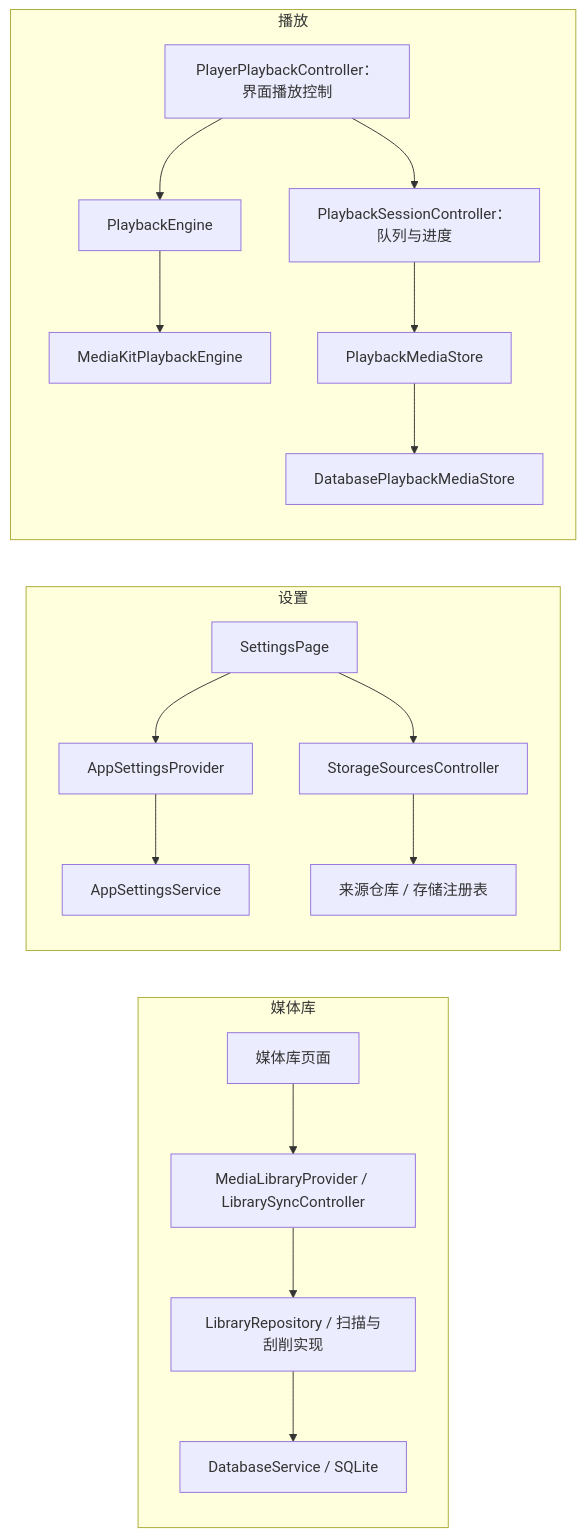
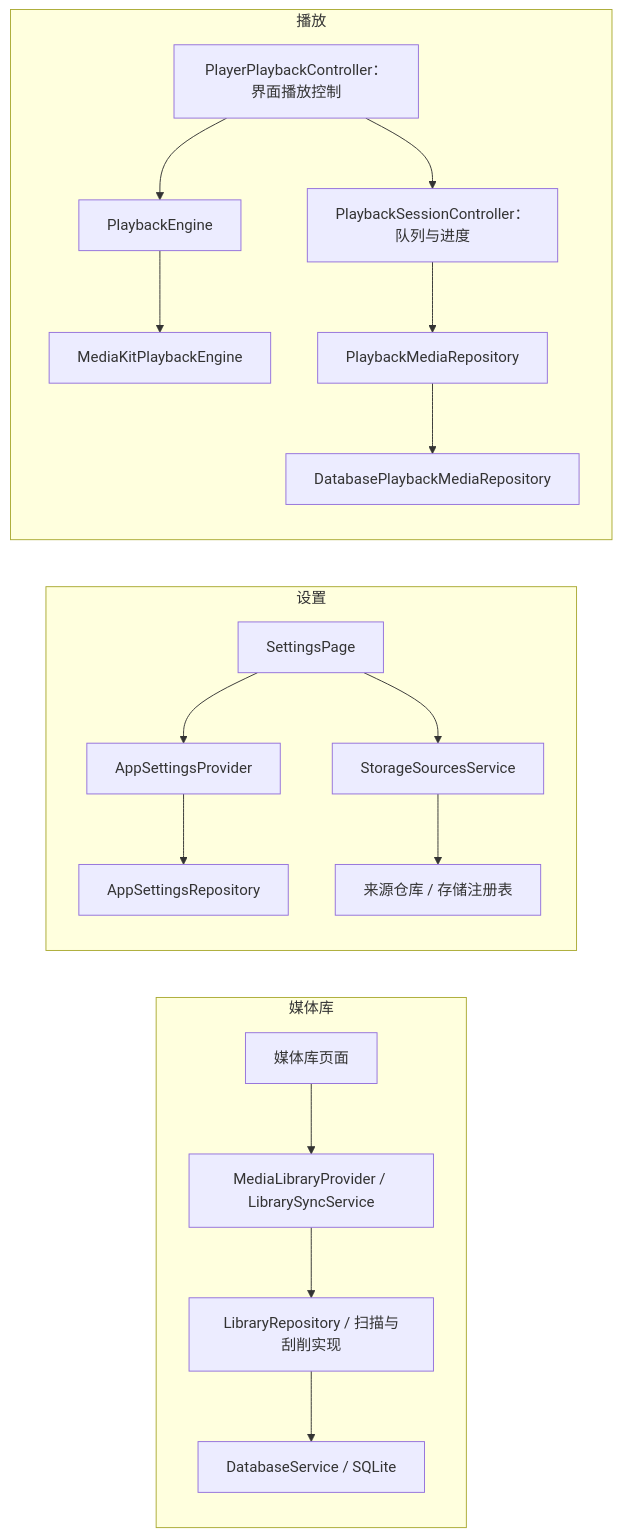
One commit to sen-to/mochi_player changed the third of 4 diagrams in docs/architecture/overview.md. Above: the diagram before and after it, drawn with Mermaid. The commit also changed other lines of this file and 55 other files, not shown here.

First line of the commit message:
refactor(storage & playback): 重构存储与播放媒体层的命名与架构

````diff
--- a/docs/architecture/overview.md
+++ b/docs/architecture/overview.md
@@ -90,21 +117,21 @@
 ```mermaid
 flowchart LR
   subgraph LibraryPath["媒体库"]
-    LibraryPage["媒体库页面"] --> LibraryApp["MediaLibraryProvider / LibrarySyncController"]
+    LibraryPage["媒体库页面"] --> LibraryApp["MediaLibraryProvider / LibrarySyncService"]
     LibraryApp --> Repository["LibraryRepository / 扫描与刮削实现"]
     Repository --> Database["DatabaseService / SQLite"]
   end
   subgraph SettingsPath["设置"]
     SettingsPage["SettingsPage"] --> SettingsApp["AppSettingsProvider"]
-    SettingsApp --> Preferences["AppSettingsService"]
-    SettingsPage --> SourcesApp["StorageSourcesController"]
+    SettingsApp --> Preferences["AppSettingsRepository"]
+    SettingsPage --> SourcesApp["StorageSourcesService"]
     SourcesApp --> Storage["来源仓库 / 存储注册表"]
   end
   subgraph PlaybackPath["播放"]
     Player["PlayerPlaybackController：界面播放控制"] --> Session["PlaybackSessionController：队列与进度"]
     Player --> EngineContract["PlaybackEngine"]
     EngineContract --> Backend["MediaKitPlaybackEngine"]
-    Session --> StoreContract["PlaybackMediaStore"]
-    StoreContract --> Store["DatabasePlaybackMediaStore"]
+    Session --> StoreContract["PlaybackMediaRepository"]
+    StoreContract --> Store["DatabasePlaybackMediaRepository"]
   end
 ```
````
